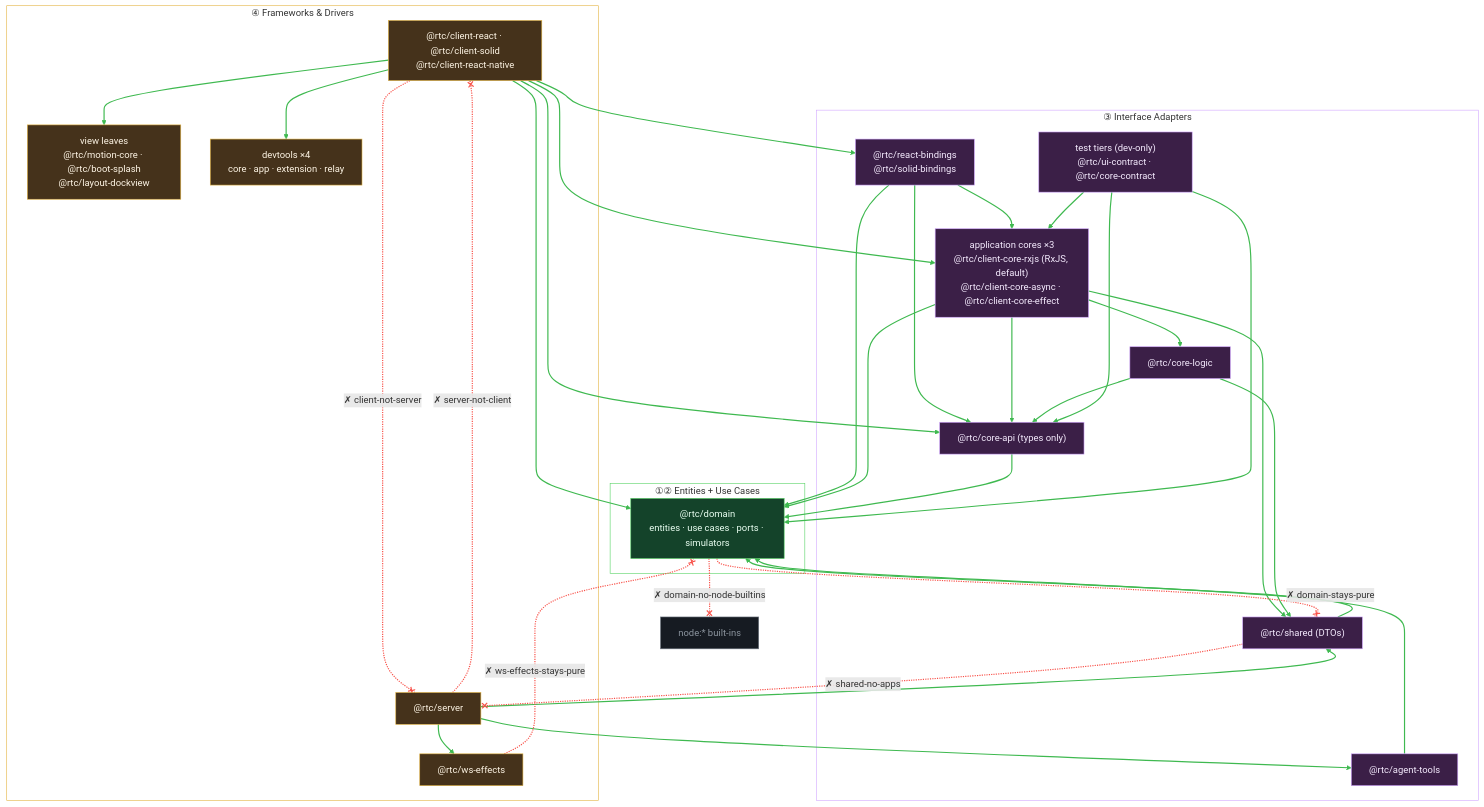
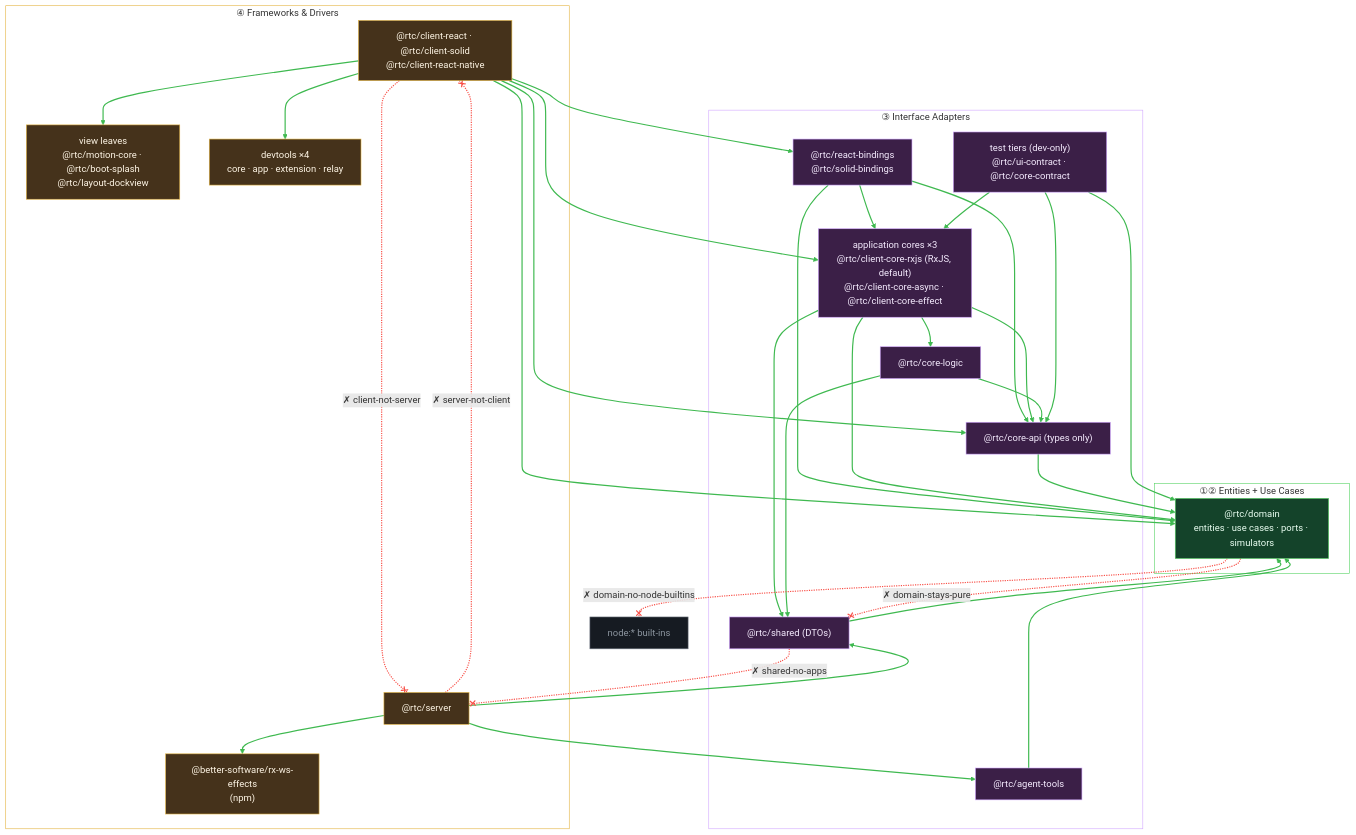
The third of 3 diagrams in docs/architecture/01-overview.md (bettersoftware-io/ReactiveTraderCloudClone), drawn with Mermaid before and after one commit. The commit also changed other lines of this file and 73 other files, not shown here.

First line of the commit message:
refactor(server): run on @better-software/rx-ws-effects from npm, delete packages/ws-effects

````diff
--- a/docs/architecture/01-overview.md
+++ b/docs/architecture/01-overview.md
@@ -126,78 +126,77 @@
 ```mermaid
 flowchart TB
   subgraph r4["④ Frameworks & Drivers"]
     clients["@rtc/client-react · @rtc/client-solid<br/>@rtc/client-react-native"]
     srv["@rtc/server"]
-    wse["@rtc/ws-effects"]
+    wse["@better-software/rx-ws-effects<br/>(npm)"]
     leaves["view leaves<br/>@rtc/motion-core · @rtc/boot-splash<br/>@rtc/layout-dockview"]
     devtools["devtools ×4<br/>core · app · extension · relay"]
   end
   subgraph r3["③ Interface Adapters"]
     bindings["@rtc/react-bindings<br/>@rtc/solid-bindings"]
     cores["application cores ×3<br/>@rtc/client-core-rxjs (RxJS, default)<br/>@rtc/client-core-async · @rtc/client-core-effect"]
     tiers["test tiers (dev-only)<br/>@rtc/ui-contract · @rtc/core-contract"]
     agent["@rtc/agent-tools"]
     logic["@rtc/core-logic"]
     api["@rtc/core-api (types only)"]
     shared["@rtc/shared (DTOs)"]
   end
   subgraph r12["①② Entities + Use Cases"]
     domain["@rtc/domain<br/>entities · use cases · ports · simulators"]
   end
   nodeb["node:* built-ins"]:::ext
 
   %% --- allowed inward imports (edges 0-23; keep order — linkStyle indices depend on it) ---
   clients --> bindings
   clients --> cores
   clients --> api
   clients --> domain
   clients --> leaves
   clients --> devtools
   bindings --> cores
   bindings --> api
   bindings --> domain
   cores --> logic
   cores --> api
   cores --> shared
   cores --> domain
   logic --> api
   logic --> shared
   api --> domain
   shared --> domain
   tiers --> cores
   tiers --> api
   tiers --> domain
   srv --> wse
   srv --> agent
   srv --> shared
   agent --> domain
 
-  %% --- forbidden crossings (edges 24-29), each tagged with the rule that rejects it ---
+  %% --- forbidden crossings (edges 24-28), each tagged with the rule that rejects it ---
   domain -. "✗ domain-stays-pure" .-x shared
   shared -. "✗ shared-no-apps" .-x srv
   clients -. "✗ client-not-server" .-x srv
   srv -. "✗ server-not-client" .-x clients
-  wse -. "✗ ws-effects-stays-pure" .-x domain
   domain -. "✗ domain-no-node-builtins" .-x nodeb
 
   classDef ext fill:#161b22,stroke:#6e7681,color:#8b949e
   style r4 fill:none,stroke:#e3b341
   style r3 fill:none,stroke:#d2a8ff
   style r12 fill:none,stroke:#56d364
   style domain fill:#14432a,stroke:#56d364,color:#eafff2
   style bindings fill:#3b1f47,stroke:#d2a8ff,color:#f6ecff
   style cores fill:#3b1f47,stroke:#d2a8ff,color:#f6ecff
   style tiers fill:#3b1f47,stroke:#d2a8ff,color:#f6ecff
   style agent fill:#3b1f47,stroke:#d2a8ff,color:#f6ecff
   style logic fill:#3b1f47,stroke:#d2a8ff,color:#f6ecff
   style api fill:#3b1f47,stroke:#d2a8ff,color:#f6ecff
   style shared fill:#3b1f47,stroke:#d2a8ff,color:#f6ecff
   style clients fill:#45321b,stroke:#e3b341,color:#fff6e6
   style srv fill:#45321b,stroke:#e3b341,color:#fff6e6
   style wse fill:#45321b,stroke:#e3b341,color:#fff6e6
   style leaves fill:#45321b,stroke:#e3b341,color:#fff6e6
   style devtools fill:#45321b,stroke:#e3b341,color:#fff6e6
 
   linkStyle 0,1,2,3,4,5,6,7,8,9,10,11,12,13,14,15,16,17,18,19,20,21,22,23 stroke:#3fb950,stroke-width:2px
-  linkStyle 24,25,26,27,28,29 stroke:#f85149,stroke-width:2px
+  linkStyle 24,25,26,27,28 stroke:#f85149,stroke-width:2px
 ```
````
